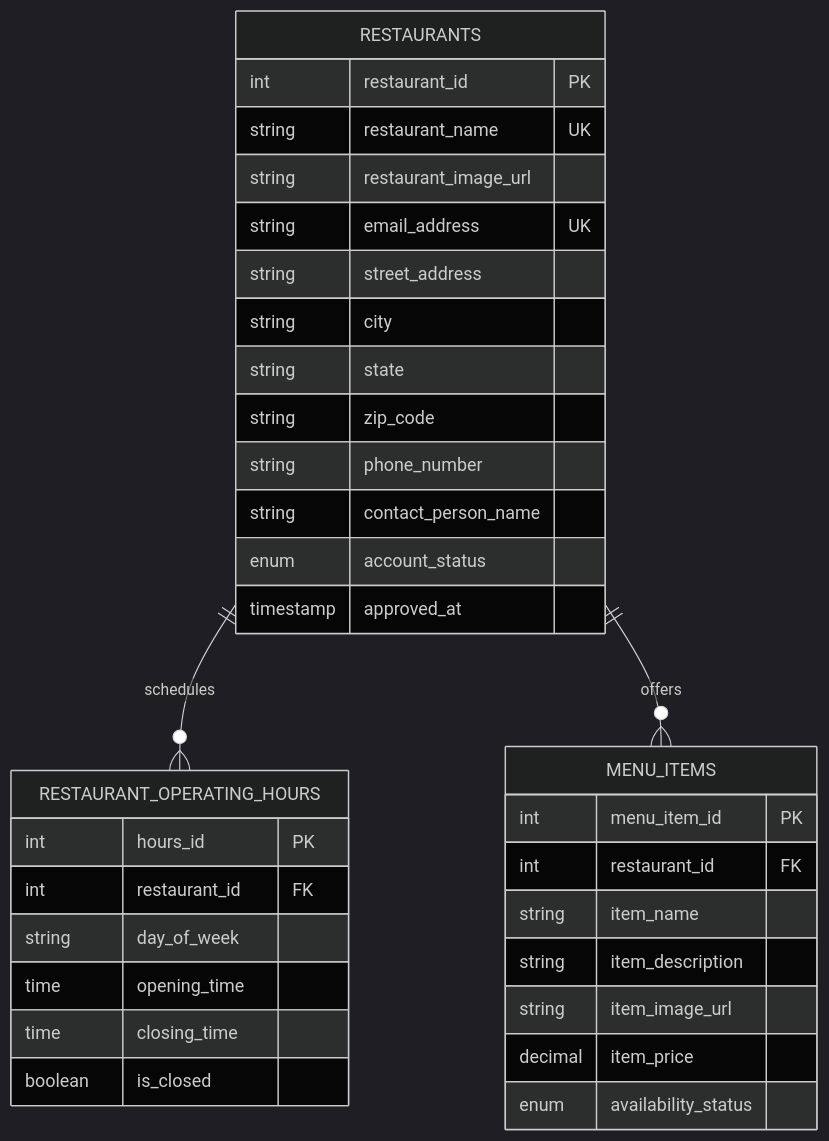
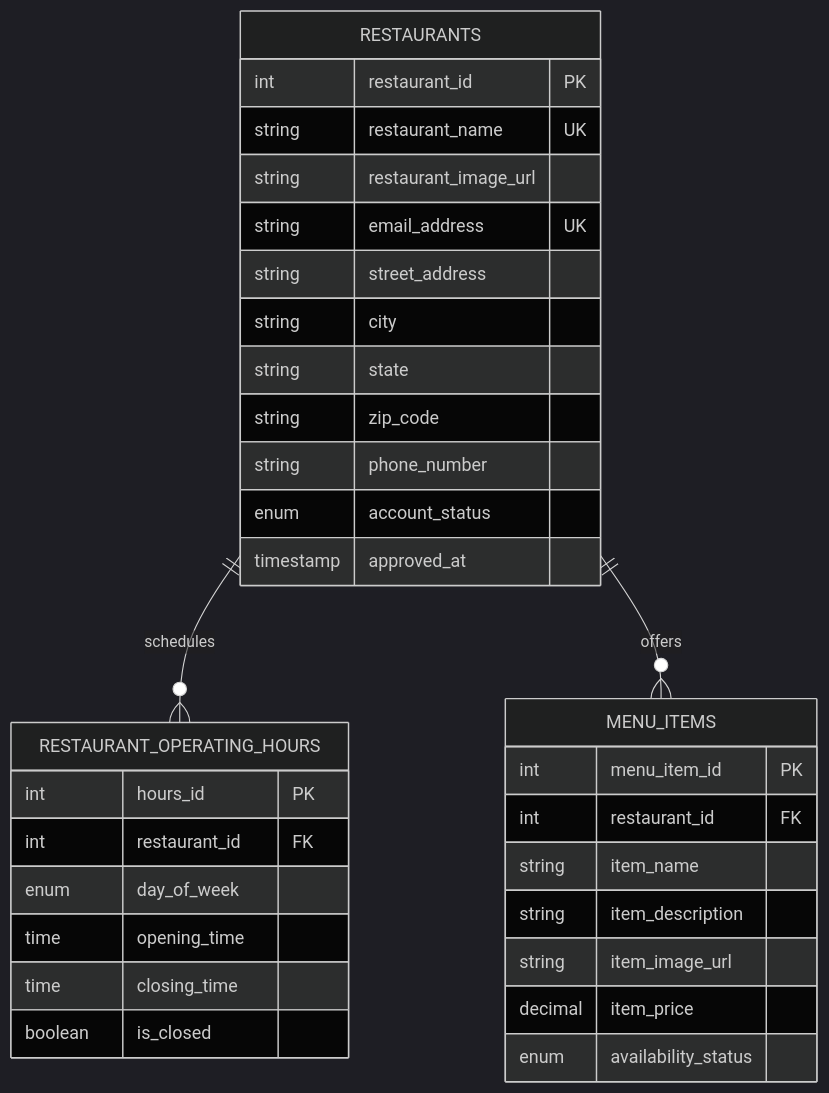
Before and after one commit to kassi-bertrand/frontdash: the second of 4 diagrams in docs/frontdash-database-design.md, drawn with Mermaid (dark theme). The commit also changed other lines of this file, not shown here.

````diff
--- a/docs/frontdash-database-design.md
+++ b/docs/frontdash-database-design.md
@@ -421,39 +418,38 @@
 ```mermaid
 erDiagram
   RESTAURANTS {
     int restaurant_id PK
     string restaurant_name UK
     string restaurant_image_url
     string email_address UK
     string street_address
     string city
     string state
     string zip_code
     string phone_number
-    string contact_person_name
     enum account_status
     timestamp approved_at
   }
 
   RESTAURANT_OPERATING_HOURS {
     int hours_id PK
     int restaurant_id FK
-    string day_of_week
+    enum day_of_week
     time opening_time
     time closing_time
     boolean is_closed
   }
 
   MENU_ITEMS {
     int menu_item_id PK
     int restaurant_id FK
     string item_name
     string item_description
     string item_image_url
     decimal item_price
     enum availability_status
   }
 
   RESTAURANTS ||--o{ RESTAURANT_OPERATING_HOURS : schedules
   RESTAURANTS ||--o{ MENU_ITEMS : offers
 ```
````
